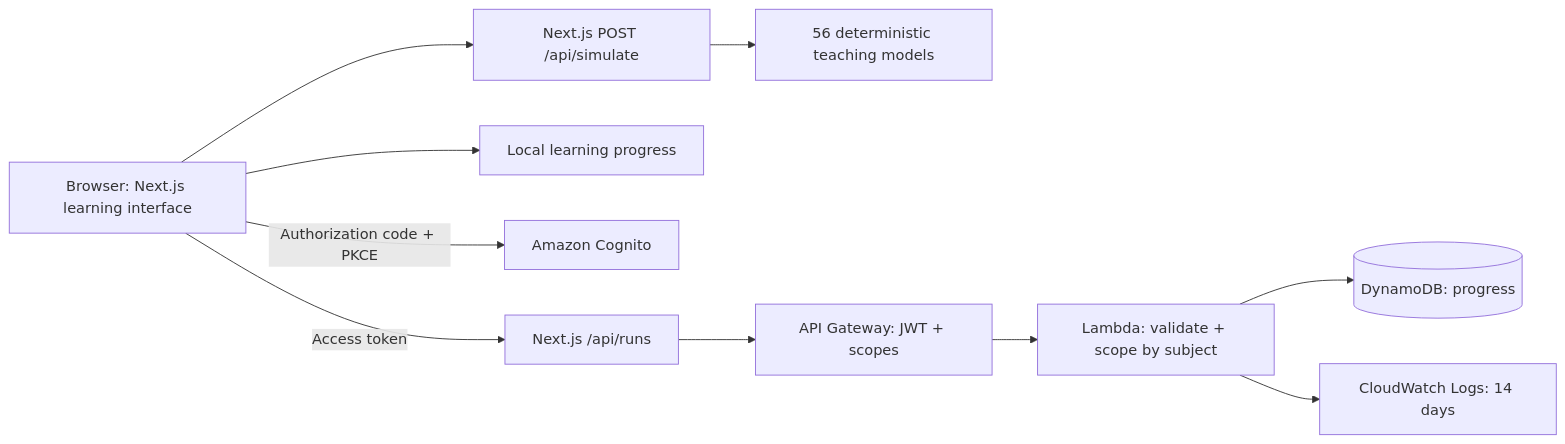
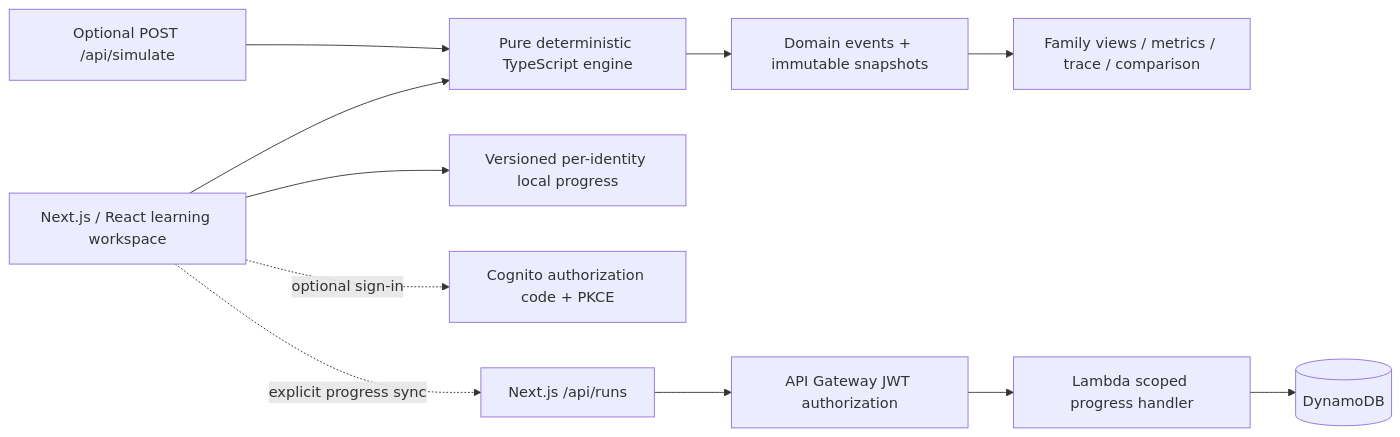
The diagram in README.md (amankeshri7542/SYS-Design-learning), drawn with Mermaid before and after one commit. The commit also changed other lines of this file and 50 other files, not shown here.

````diff
--- a/README.md
+++ b/README.md
@@ -9,12 +42,13 @@
 ```mermaid
 flowchart LR
-  Browser[Browser: Next.js learning interface] --> Sim[Next.js POST /api/simulate]
-  Sim --> Models[56 deterministic teaching models]
-  Browser --> Local[Local learning progress]
-  Browser -->|Authorization code + PKCE| Cognito[Amazon Cognito]
-  Browser -->|Access token| Proxy[Next.js /api/runs]
-  Proxy --> Gateway[API Gateway: JWT + scopes]
-  Gateway --> Lambda[Lambda: validate + scope by subject]
-  Lambda --> DB[(DynamoDB: progress)]
-  Lambda --> Logs[CloudWatch Logs: 14 days]
+  Browser[Next.js / React learning workspace] --> Engine[Pure deterministic TypeScript engine]
+  Engine --> Snapshots[Domain events + immutable snapshots]
+  Snapshots --> Views[Family views / metrics / trace / comparison]
+  Browser --> Local[Versioned per-identity local progress]
+  API[Optional POST /api/simulate] --> Engine
+  Browser -. optional sign-in .-> Cognito[Cognito authorization code + PKCE]
+  Browser -. explicit progress sync .-> Proxy[Next.js /api/runs]
+  Proxy --> Gateway[API Gateway JWT authorization]
+  Gateway --> Lambda[Lambda scoped progress handler]
+  Lambda --> DB[(DynamoDB)]
 ```
````
